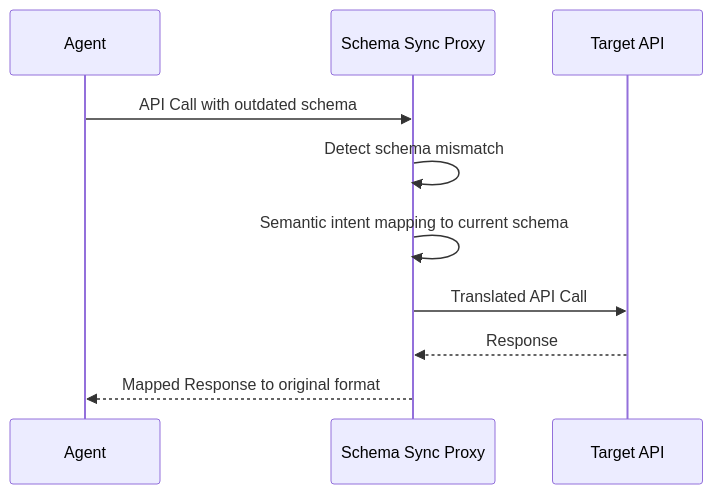
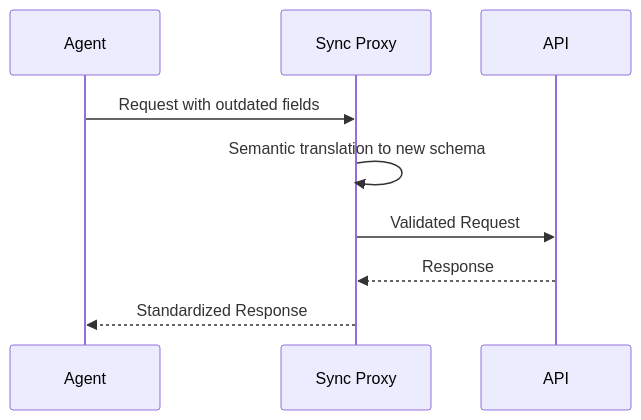
One commit to flouzzy/top-100-ai-startup-ideas changed the second of 2 diagrams in ideas/agent-schema-sync/README.md. Above: the diagram before and after it, drawn with Mermaid. The commit also changed other lines of this file and 41 other files, not shown here.

````diff
--- a/ideas/agent-schema-sync/README.md
+++ b/ideas/agent-schema-sync/README.md
@@ -39,12 +40,11 @@
 ```mermaid
 sequenceDiagram
     participant Agent
-    participant Proxy as Schema Sync Proxy
-    participant ExternalAPI as Target API
-    Agent->>Proxy: API Call with outdated schema
-    Proxy->>Proxy: Detect schema mismatch
-    Proxy->>Proxy: Semantic intent mapping to current schema
-    Proxy->>ExternalAPI: Translated API Call
-    ExternalAPI-->>Proxy: Response
-    Proxy-->>Agent: Mapped Response to original format
+    participant Sync Proxy
+    participant API
+    Agent->>Sync Proxy: Request with outdated fields
+    Sync Proxy->>Sync Proxy: Semantic translation to new schema
+    Sync Proxy->>API: Validated Request
+    API-->>Sync Proxy: Response
+    Sync Proxy-->>Agent: Standardized Response
 ```
````
